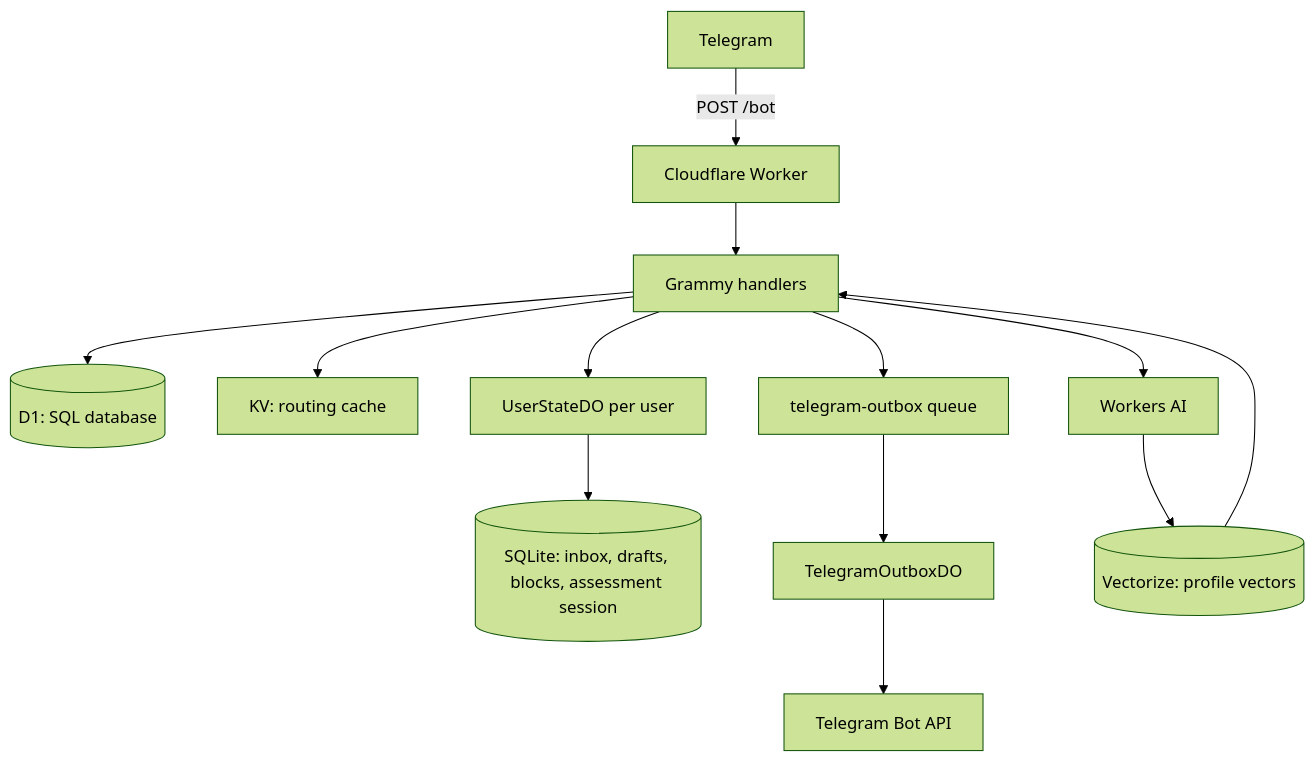
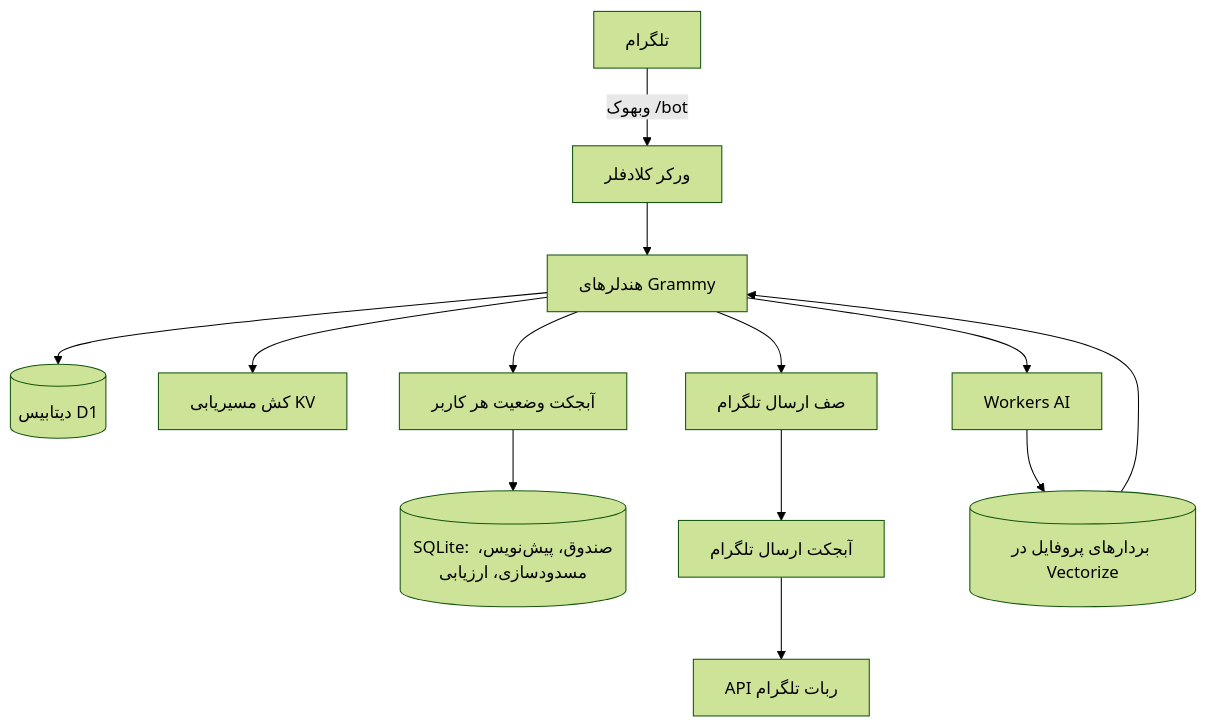
One commit to mohetios/mohetios.dev changed the second of 8 diagrams in content/fa/lab/anonymous-messaging-on-the-edge.md. Above: the diagram before and after it, drawn with Mermaid (forest theme). The commit also changed other lines of this file and 1 other file, not shown here.

````diff
--- a/content/fa/lab/anonymous-messaging-on-the-edge.md
+++ b/content/fa/lab/anonymous-messaging-on-the-edge.md
@@ -159,18 +159,18 @@
 ```mermaid
 flowchart TB
-  TG[Telegram] -->|POST /bot| Worker[Cloudflare Worker]
-  Worker --> Grammy[Grammy handlers]
+  TG[تلگرام] -->|وبهوک /bot| Worker[ورکر کلادفلر]
+  Worker --> Grammy[هندلرهای Grammy]
 
-  Grammy --> D1[(D1: SQL database)]
-  Grammy --> KV[KV: routing cache]
-  Grammy --> USDO[UserStateDO per user]
-  USDO --> SQLite[(SQLite: inbox, drafts, blocks, assessment session)]
+  Grammy --> D1[(دیتابیس D1)]
+  Grammy --> KV[کش مسیر‌یابی KV]
+  Grammy --> USDO[آبجکت وضعیت هر کاربر]
+  USDO --> SQLite[(SQLite: صندوق، پیش‌نویس، مسدودسازی، ارزیابی)]
 
-  Grammy --> Queue[telegram-outbox queue]
-  Queue --> OutboxDO[TelegramOutboxDO]
-  OutboxDO --> TGAPI[Telegram Bot API]
+  Grammy --> Queue[صف ارسال تلگرام]
+  Queue --> OutboxDO[آبجکت ارسال تلگرام]
+  OutboxDO --> TGAPI[API ربات تلگرام]
 
   Grammy --> AI[Workers AI]
-  AI --> Vectorize[(Vectorize: profile vectors)]
+  AI --> Vectorize[(بردارهای پروفایل در Vectorize)]
   Vectorize --> Grammy
 ```
````
